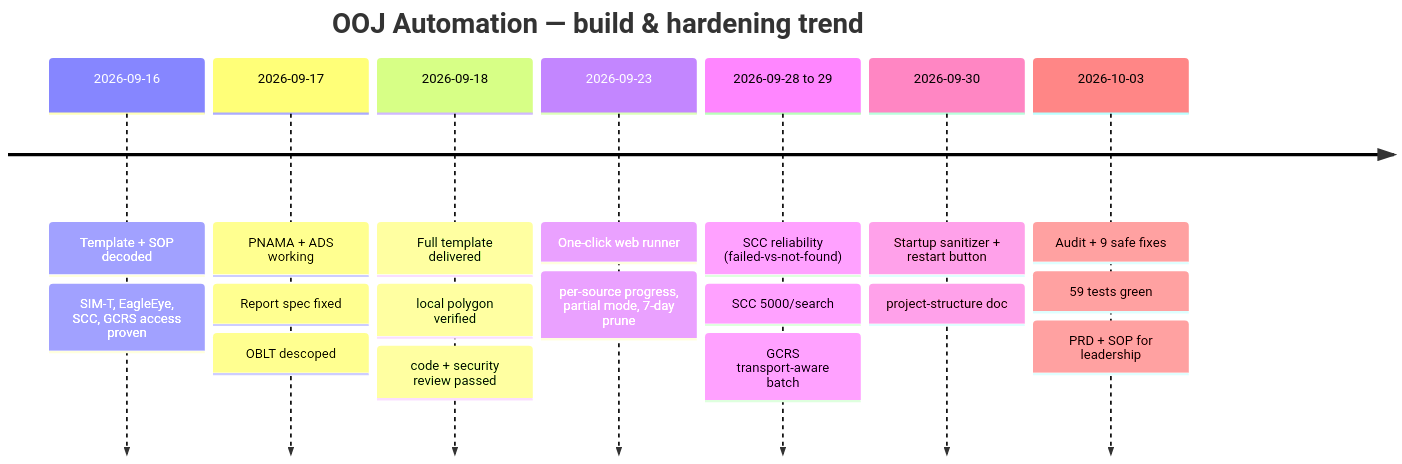
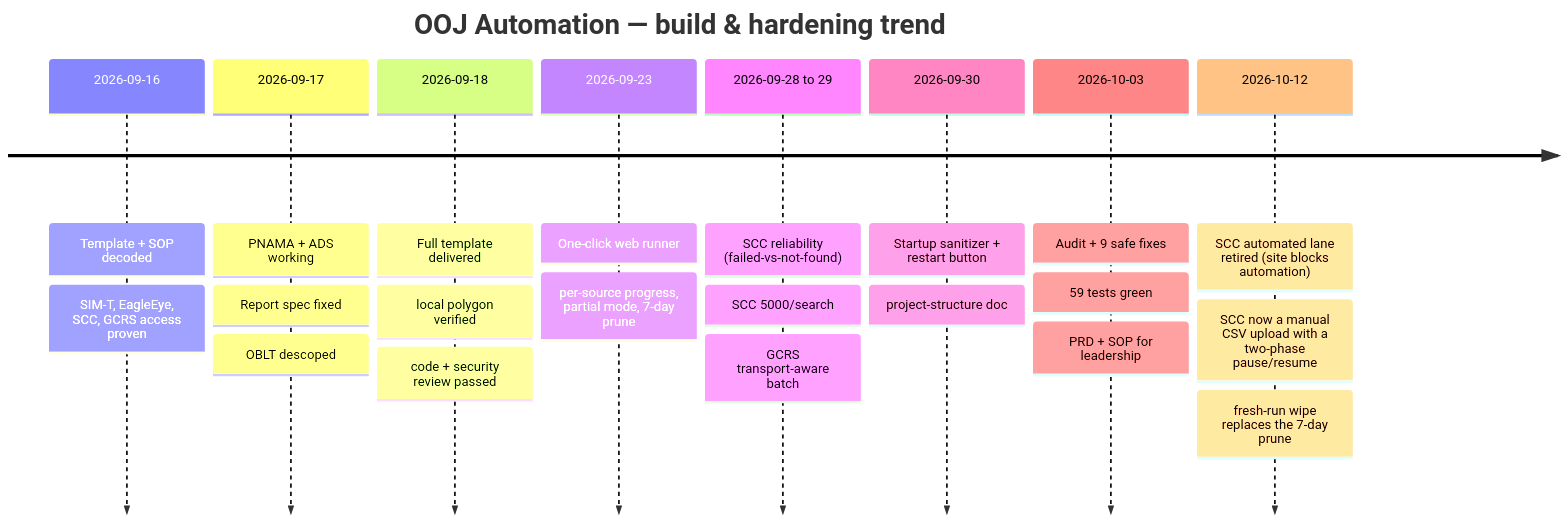
Before and after one commit to debashiskbrj/Kiro-OOJ-Automation: the fifth of 5 diagrams in Docs/PRD-OOJ-Automation.md, drawn with Mermaid. The commit also changed other lines of this file and 14 other files, not shown here.

First line of the commit message:
docs: Update README and Docs to the current manual-SCC flow

````diff
--- a/Docs/PRD-OOJ-Automation.md
+++ b/Docs/PRD-OOJ-Automation.md
@@ -284,11 +288,12 @@
 ```mermaid
 timeline
     title OOJ Automation — build & hardening trend
     2026-09-16 : Template + SOP decoded : SIM-T, EagleEye, SCC, GCRS access proven
     2026-09-17 : PNAMA + ADS working : Report spec fixed : OBLT descoped
     2026-09-18 : Full template delivered : local polygon verified : code + security review passed
     2026-09-23 : One-click web runner : per-source progress, partial mode, 7-day prune
     2026-09-28 to 29 : SCC reliability (failed-vs-not-found) : SCC 5000/search : GCRS transport-aware batch
     2026-09-30 : Startup sanitizer + restart button : project-structure doc
     2026-10-03 : Audit + 9 safe fixes : 59 tests green : PRD + SOP for leadership
+    2026-10-12 : SCC automated lane retired (site blocks automation) : SCC now a manual CSV upload with a two-phase pause/resume : fresh-run wipe replaces the 7-day prune
 ```
````
